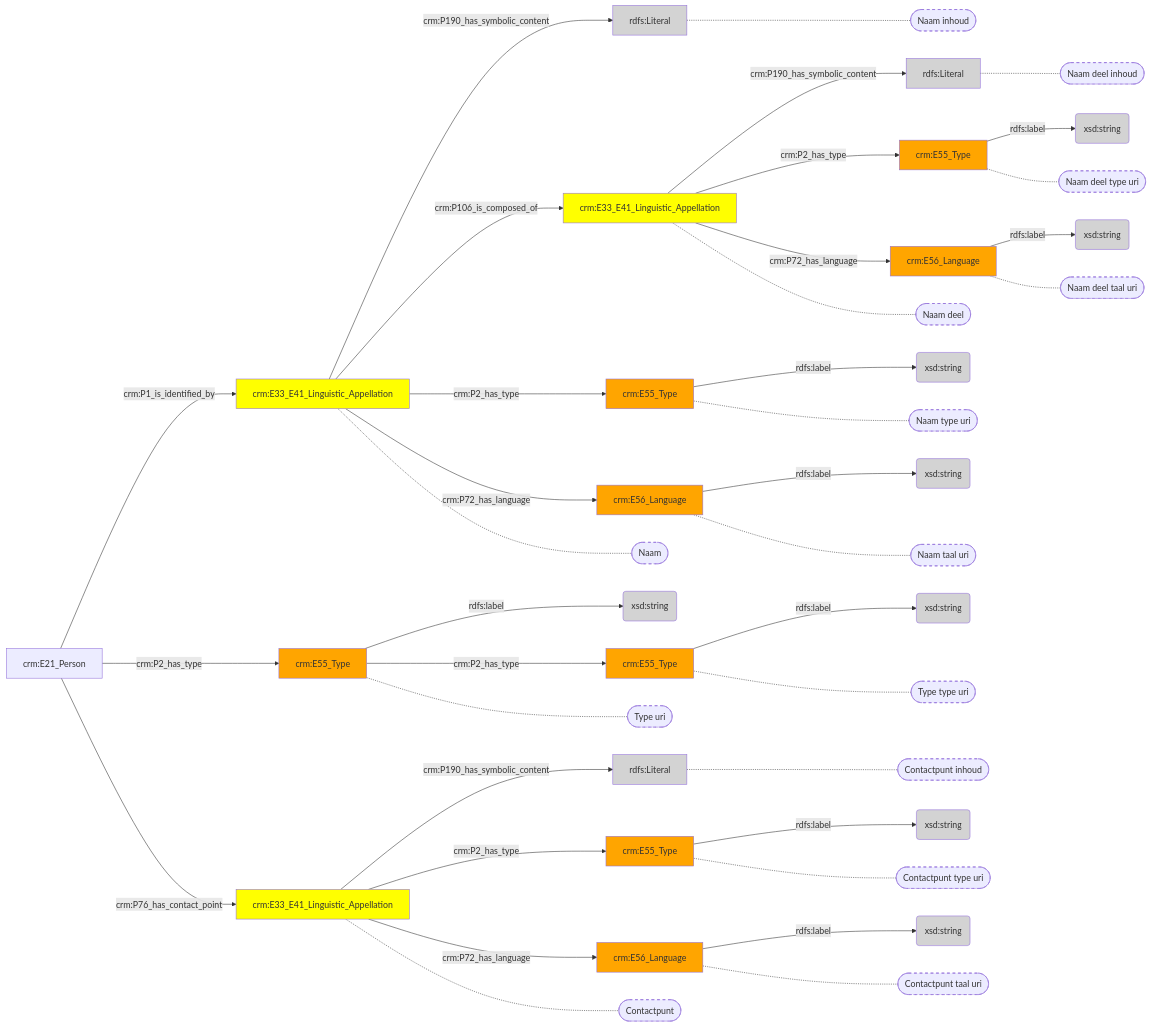
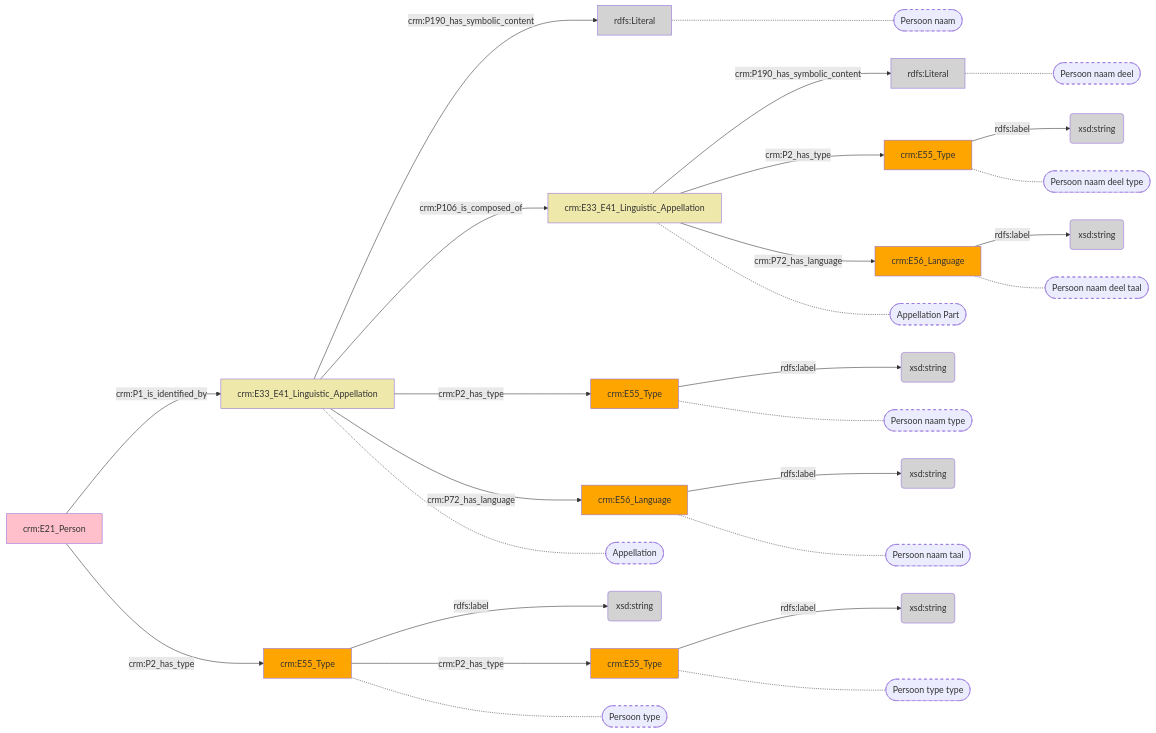
Before and after one commit to digipolisantwerpdocumentation/antwerp-cultureel-erfgoed: the diagram in docs/content/modellen/Person/Identificatie.md, drawn with Mermaid. The commit also changed 173 other files, not shown here.

````diff
--- a/docs/content/modellen/Person/Identificatie.md
+++ b/docs/content/modellen/Person/Identificatie.md
@@ -1,75 +1,56 @@
 ```mermaid
 graph LR
 0d9ce85a-e37c-11ed-9064-00163e71351b["crm:E55_Type"]-->|"rdfs:label"|0d9d4688-e37c-11ed-9064-00163e71351b(xsd:string)
-0d9d10e6-e37c-11ed-9064-00163e71351b["crm:E33_E41_Linguistic_Appellation"]-->|"crm:P190_has_symbolic_content"|0d9d5006-e37c-11ed-9064-00163e71351b(rdfs:Literal)
-0d9d3b84-e37c-11ed-9064-00163e71351b["crm:E56_Language"]-->|"rdfs:label"|0d9d4f34-e37c-11ed-9064-00163e71351b(xsd:string)
-0d9d3e04-e37c-11ed-9064-00163e71351b["crm:E55_Type"]-->|"rdfs:label"|0d9d4318-e37c-11ed-9064-00163e71351b(xsd:string)
 0d9d4e58-e37c-11ed-9064-00163e71351b["crm:E55_Type"]-->|"rdfs:label"|0d9d278e-e37c-11ed-9064-00163e71351b(xsd:string)
 852fddca-ed98-11ed-9232-00163e71351b["crm:E33_E41_Linguistic_Appellation"]-->|"crm:P190_has_symbolic_content"|852fe766-ed98-11ed-9232-00163e71351b(rdfs:Literal)
 852fe4f0-ed98-11ed-9232-00163e71351b["crm:E56_Language"]-->|"rdfs:label"|852ff17a-ed98-11ed-9232-00163e71351b(xsd:string)
 852fed92-ed98-11ed-9232-00163e71351b["crm:E56_Language"]-->|"rdfs:label"|852fef90-ed98-11ed-9232-00163e71351b(xsd:string)
 852ff544-ed98-11ed-9232-00163e71351b["crm:E55_Type"]-->|"rdfs:label"|852feb8a-ed98-11ed-9232-00163e71351b(xsd:string)
 852ff72e-ed98-11ed-9232-00163e71351b["crm:E33_E41_Linguistic_Appellation"]-->|"crm:P190_has_symbolic_content"|852ff35a-ed98-11ed-9232-00163e71351b(rdfs:Literal)
 852ff918-ed98-11ed-9232-00163e71351b["crm:E55_Type"]-->|"rdfs:label"|852fe978-ed98-11ed-9232-00163e71351b(xsd:string)
 0d9ce85a-e37c-11ed-9064-00163e71351b["crm:E55_Type"]-->|"crm:P2_has_type"|0d9d4e58-e37c-11ed-9064-00163e71351b["crm:E55_Type"]
-0d9d10e6-e37c-11ed-9064-00163e71351b["crm:E33_E41_Linguistic_Appellation"]-->|"crm:P2_has_type"|0d9d3e04-e37c-11ed-9064-00163e71351b["crm:E55_Type"]
-0d9d10e6-e37c-11ed-9064-00163e71351b["crm:E33_E41_Linguistic_Appellation"]-->|"crm:P72_has_language"|0d9d3b84-e37c-11ed-9064-00163e71351b["crm:E56_Language"]
 0d9d4cb4-e37c-11ed-9064-00163e71351b["crm:E21_Person"]-->|"crm:P1_is_identified_by"|852fddca-ed98-11ed-9232-00163e71351b["crm:E33_E41_Linguistic_Appellation"]
 0d9d4cb4-e37c-11ed-9064-00163e71351b["crm:E21_Person"]-->|"crm:P2_has_type"|0d9ce85a-e37c-11ed-9064-00163e71351b["crm:E55_Type"]
-0d9d4cb4-e37c-11ed-9064-00163e71351b["crm:E21_Person"]-->|"crm:P76_has_contact_point"|0d9d10e6-e37c-11ed-9064-00163e71351b["crm:E33_E41_Linguistic_Appellation"]
 852fddca-ed98-11ed-9232-00163e71351b["crm:E33_E41_Linguistic_Appellation"]-->|"crm:P106_is_composed_of"|852ff72e-ed98-11ed-9232-00163e71351b["crm:E33_E41_Linguistic_Appellation"]
 852fddca-ed98-11ed-9232-00163e71351b["crm:E33_E41_Linguistic_Appellation"]-->|"crm:P2_has_type"|852ff544-ed98-11ed-9232-00163e71351b["crm:E55_Type"]
 852fddca-ed98-11ed-9232-00163e71351b["crm:E33_E41_Linguistic_Appellation"]-->|"crm:P72_has_language"|852fe4f0-ed98-11ed-9232-00163e71351b["crm:E56_Language"]
 852ff72e-ed98-11ed-9232-00163e71351b["crm:E33_E41_Linguistic_Appellation"]-->|"crm:P2_has_type"|852ff918-ed98-11ed-9232-00163e71351b["crm:E55_Type"]
 852ff72e-ed98-11ed-9232-00163e71351b["crm:E33_E41_Linguistic_Appellation"]-->|"crm:P72_has_language"|852fed92-ed98-11ed-9232-00163e71351b["crm:E56_Language"]
+0d9d4e58-e37c-11ed-9064-00163e71351b["crm:E55_Type"]-.-0d9d4e58-e37c-11ed-9064-00163e71351b_s(["Persoon type type"])
+852fddca-ed98-11ed-9232-00163e71351b["crm:E33_E41_Linguistic_Appellation"]-.-852fddca-ed98-11ed-9232-00163e71351b_s(["Appellation"])
+0d9ce85a-e37c-11ed-9064-00163e71351b["crm:E55_Type"]-.-0d9ce85a-e37c-11ed-9064-00163e71351b_s(["Persoon type"])
+852ff72e-ed98-11ed-9232-00163e71351b["crm:E33_E41_Linguistic_Appellation"]-.-852ff72e-ed98-11ed-9232-00163e71351b_s(["Appellation Part"])
+852fe766-ed98-11ed-9232-00163e71351b["rdfs:Literal"]-.-852fe766-ed98-11ed-9232-00163e71351b_s(["Persoon naam"])
+852ff544-ed98-11ed-9232-00163e71351b["crm:E55_Type"]-.-852ff544-ed98-11ed-9232-00163e71351b_s(["Persoon naam type"])
+852fe4f0-ed98-11ed-9232-00163e71351b["crm:E56_Language"]-.-852fe4f0-ed98-11ed-9232-00163e71351b_s(["Persoon naam taal"])
+852ff35a-ed98-11ed-9232-00163e71351b["rdfs:Literal"]-.-852ff35a-ed98-11ed-9232-00163e71351b_s(["Persoon naam deel"])
+852ff918-ed98-11ed-9232-00163e71351b["crm:E55_Type"]-.-852ff918-ed98-11ed-9232-00163e71351b_s(["Persoon naam deel type"])
+852fed92-ed98-11ed-9232-00163e71351b["crm:E56_Language"]-.-852fed92-ed98-11ed-9232-00163e71351b_s(["Persoon naam deel taal"])
 style 0d9d4e58-e37c-11ed-9064-00163e71351b_s stroke-dasharray: 5
-style 0d9d5006-e37c-11ed-9064-00163e71351b_s stroke-dasharray: 5
-style 0d9d3e04-e37c-11ed-9064-00163e71351b_s stroke-dasharray: 5
-style 0d9d3b84-e37c-11ed-9064-00163e71351b_s stroke-dasharray: 5
 style 852fddca-ed98-11ed-9232-00163e71351b_s stroke-dasharray: 5
 style 0d9ce85a-e37c-11ed-9064-00163e71351b_s stroke-dasharray: 5
-style 0d9d10e6-e37c-11ed-9064-00163e71351b_s stroke-dasharray: 5
 style 852ff72e-ed98-11ed-9232-00163e71351b_s stroke-dasharray: 5
 style 852fe766-ed98-11ed-9232-00163e71351b_s stroke-dasharray: 5
 style 852ff544-ed98-11ed-9232-00163e71351b_s stroke-dasharray: 5
 style 852fe4f0-ed98-11ed-9232-00163e71351b_s stroke-dasharray: 5
 style 852ff35a-ed98-11ed-9232-00163e71351b_s stroke-dasharray: 5
 style 852ff918-ed98-11ed-9232-00163e71351b_s stroke-dasharray: 5
 style 852fed92-ed98-11ed-9232-00163e71351b_s stroke-dasharray: 5
-0d9d4e58-e37c-11ed-9064-00163e71351b["crm:E55_Type"]-.-0d9d4e58-e37c-11ed-9064-00163e71351b_s(["Type type uri"])
-0d9d5006-e37c-11ed-9064-00163e71351b["rdfs:Literal"]-.-0d9d5006-e37c-11ed-9064-00163e71351b_s(["Contactpunt inhoud"])
-0d9d3e04-e37c-11ed-9064-00163e71351b["crm:E55_Type"]-.-0d9d3e04-e37c-11ed-9064-00163e71351b_s(["Contactpunt type uri"])
-0d9d3b84-e37c-11ed-9064-00163e71351b["crm:E56_Language"]-.-0d9d3b84-e37c-11ed-9064-00163e71351b_s(["Contactpunt taal uri"])
-852fddca-ed98-11ed-9232-00163e71351b["crm:E33_E41_Linguistic_Appellation"]-.-852fddca-ed98-11ed-9232-00163e71351b_s(["Naam"])
-0d9ce85a-e37c-11ed-9064-00163e71351b["crm:E55_Type"]-.-0d9ce85a-e37c-11ed-9064-00163e71351b_s(["Type uri"])
-0d9d10e6-e37c-11ed-9064-00163e71351b["crm:E33_E41_Linguistic_Appellation"]-.-0d9d10e6-e37c-11ed-9064-00163e71351b_s(["Contactpunt"])
-852ff72e-ed98-11ed-9232-00163e71351b["crm:E33_E41_Linguistic_Appellation"]-.-852ff72e-ed98-11ed-9232-00163e71351b_s(["Naam deel"])
-852fe766-ed98-11ed-9232-00163e71351b["rdfs:Literal"]-.-852fe766-ed98-11ed-9232-00163e71351b_s(["Naam inhoud"])
-852ff544-ed98-11ed-9232-00163e71351b["crm:E55_Type"]-.-852ff544-ed98-11ed-9232-00163e71351b_s(["Naam type uri"])
-852fe4f0-ed98-11ed-9232-00163e71351b["crm:E56_Language"]-.-852fe4f0-ed98-11ed-9232-00163e71351b_s(["Naam taal uri"])
-852ff35a-ed98-11ed-9232-00163e71351b["rdfs:Literal"]-.-852ff35a-ed98-11ed-9232-00163e71351b_s(["Naam deel inhoud"])
-852ff918-ed98-11ed-9232-00163e71351b["crm:E55_Type"]-.-852ff918-ed98-11ed-9232-00163e71351b_s(["Naam deel type uri"])
-852fed92-ed98-11ed-9232-00163e71351b["crm:E56_Language"]-.-852fed92-ed98-11ed-9232-00163e71351b_s(["Naam deel taal uri"])
 style 0d9ce85a-e37c-11ed-9064-00163e71351b fill:#ffa500
-style 0d9d10e6-e37c-11ed-9064-00163e71351b fill:#ffff00
 style 0d9d278e-e37c-11ed-9064-00163e71351b fill:#D3D3D3
-style 0d9d3b84-e37c-11ed-9064-00163e71351b fill:#ffa500
-style 0d9d3e04-e37c-11ed-9064-00163e71351b fill:#ffa500
-style 0d9d4318-e37c-11ed-9064-00163e71351b fill:#D3D3D3
 style 0d9d4688-e37c-11ed-9064-00163e71351b fill:#D3D3D3
+style 0d9d4cb4-e37c-11ed-9064-00163e71351b fill:#ffc0cb
 style 0d9d4e58-e37c-11ed-9064-00163e71351b fill:#ffa500
-style 0d9d4f34-e37c-11ed-9064-00163e71351b fill:#D3D3D3
-style 0d9d5006-e37c-11ed-9064-00163e71351b fill:#D3D3D3
-style 852fddca-ed98-11ed-9232-00163e71351b fill:#ffff00
+style 852fddca-ed98-11ed-9232-00163e71351b fill:#EEE8AA
 style 852fe4f0-ed98-11ed-9232-00163e71351b fill:#ffa500
 style 852fe766-ed98-11ed-9232-00163e71351b fill:#D3D3D3
 style 852fe978-ed98-11ed-9232-00163e71351b fill:#D3D3D3
 style 852feb8a-ed98-11ed-9232-00163e71351b fill:#D3D3D3
 style 852fed92-ed98-11ed-9232-00163e71351b fill:#ffa500
 style 852fef90-ed98-11ed-9232-00163e71351b fill:#D3D3D3
 style 852ff17a-ed98-11ed-9232-00163e71351b fill:#D3D3D3
 style 852ff35a-ed98-11ed-9232-00163e71351b fill:#D3D3D3
 style 852ff544-ed98-11ed-9232-00163e71351b fill:#ffa500
-style 852ff72e-ed98-11ed-9232-00163e71351b fill:#ffff00
+style 852ff72e-ed98-11ed-9232-00163e71351b fill:#EEE8AA
 style 852ff918-ed98-11ed-9232-00163e71351b fill:#ffa500
 ```
````
